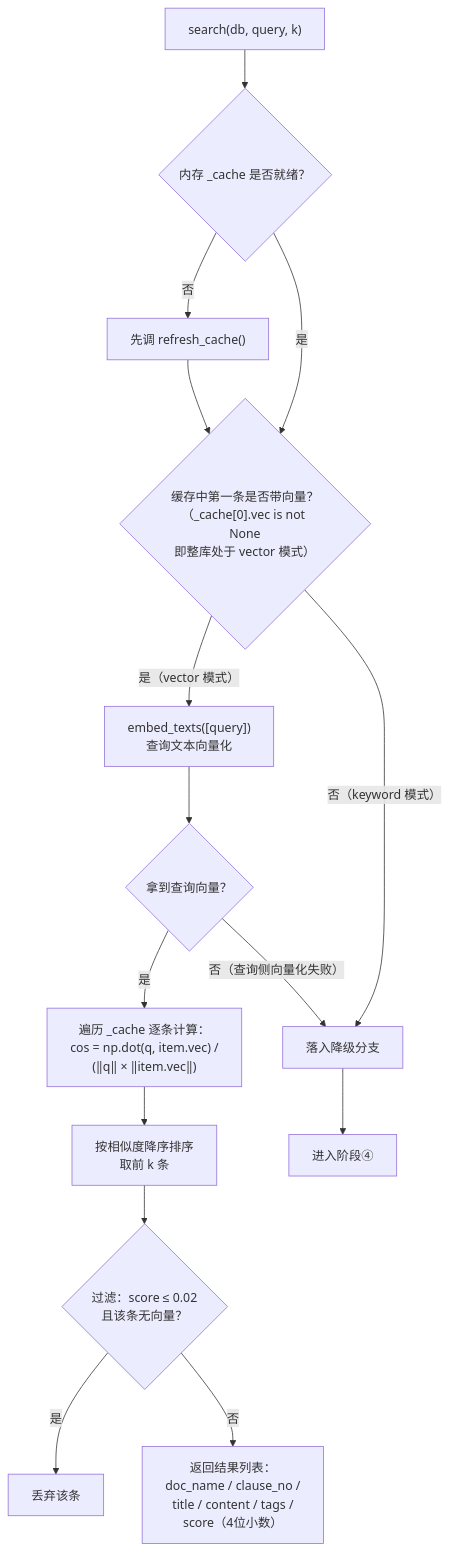
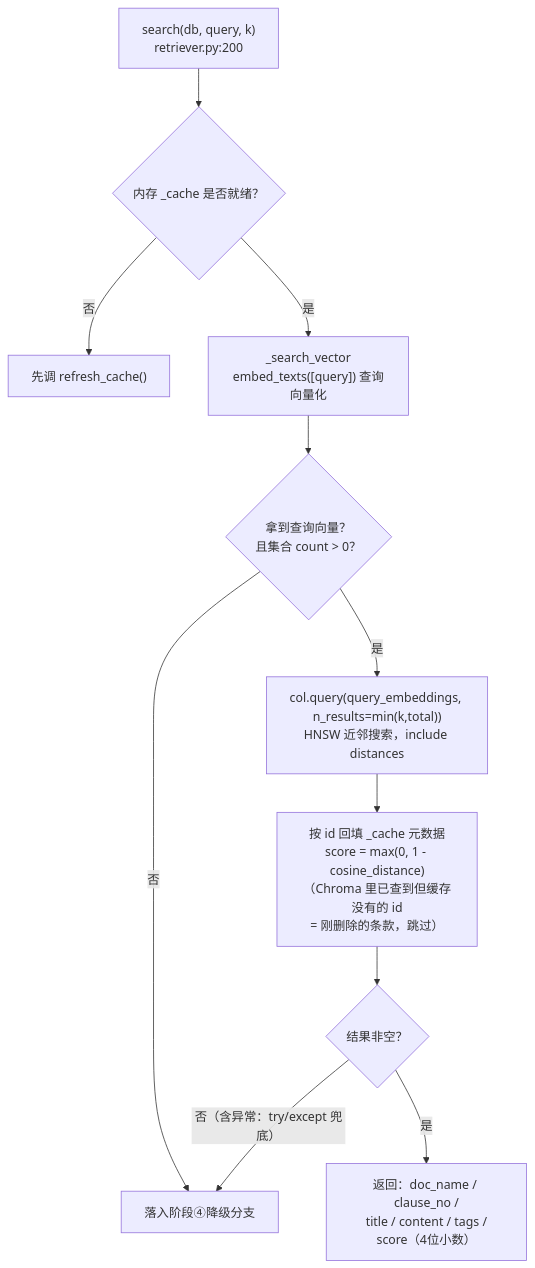
Before and after one commit to pandaadsas/zhuan-cloud: the third of 4 diagrams in docs/RAG检索实现分析.md, drawn with Mermaid. The commit also changed other lines of this file, not shown here.

First line of the commit message:
docs: RAG 检索实现分析更新为 Chroma 本地向量库链路

````diff
--- a/docs/RAG检索实现分析.md
+++ b/docs/RAG检索实现分析.md
@@ -99,17 +109,13 @@
 ```mermaid
 flowchart TD
-    A["search(db, query, k)"] --> B{"内存 _cache 是否就绪？"}
+    A["search(db, query, k)<br/>retriever.py:200"] --> B{"内存 _cache 是否就绪？"}
     B -- "否" --> C["先调 refresh_cache()"]
-    C --> D{"缓存中第一条是否带向量？<br/>（_cache[0].vec is not None<br/>即整库处于 vector 模式）"}
-    B -- 是 --> D
-    D -- "是（vector 模式）" --> E["embed_texts([query])<br/>查询文本向量化"]
-    E --> F{"拿到查询向量？"}
-    F -- 是 --> G["遍历 _cache 逐条计算：<br/>cos = np.dot(q, item.vec) /<br/>(‖q‖ × ‖item.vec‖)"]
-    F -- "否（查询侧向量化失败）" --> H["落入降级分支"]
-    G --> I["按相似度降序排序<br/>取前 k 条"]
-    I --> J{"过滤：score ≤ 0.02<br/>且该条无向量？"}
-    J -- 是 --> K["丢弃该条"]
-    J -- 否 --> L["返回结果列表：<br/>doc_name / clause_no /<br/>title / content / tags /<br/>score（4位小数）"]
-    D -- "否（keyword 模式）" --> H
-    H --> M["进入阶段④"]
+    B -- 是 --> D["_search_vector<br/>embed_texts([query]) 查询向量化"]
+    D --> E{"拿到查询向量？<br/>且集合 count > 0？"}
+    E -- "否" --> H["落入阶段④降级分支"]
+    E -- 是 --> F["col.query(query_embeddings, n_results=min(k,total))<br/>HNSW 近邻搜索，include distances"]
+    F --> G["按 id 回填 _cache 元数据<br/>score = max(0, 1 - cosine_distance)<br/>（Chroma 里已查到但缓存没有的 id<br/>= 刚删除的条款，跳过）"]
+    G --> I{"结果非空？"}
+    I -- 是 --> J["返回：doc_name / clause_no /<br/>title / content / tags /<br/>score（4位小数）"]
+    I -- "否（含异常：try/except 兜底）" --> H
 ```
````
